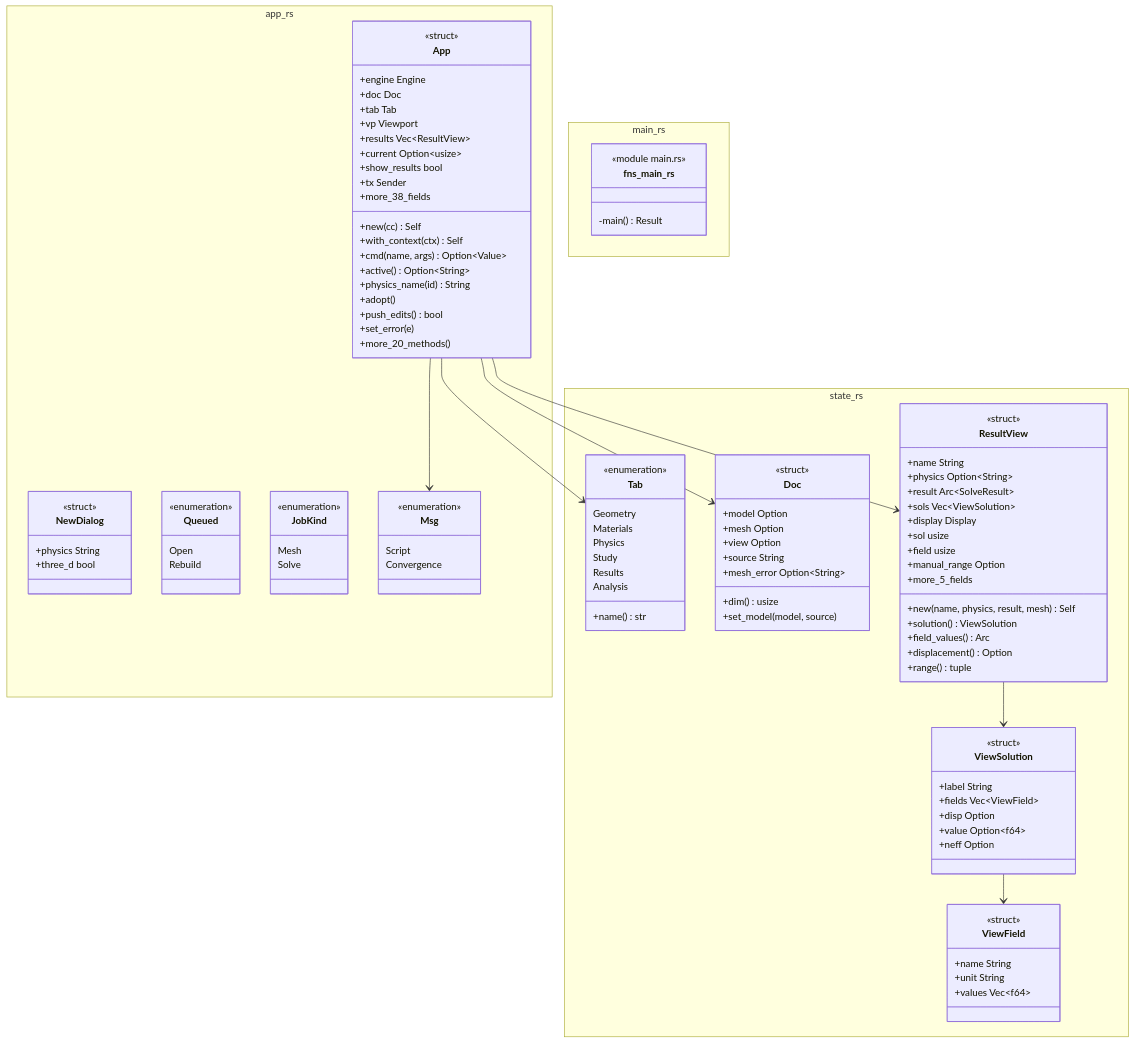
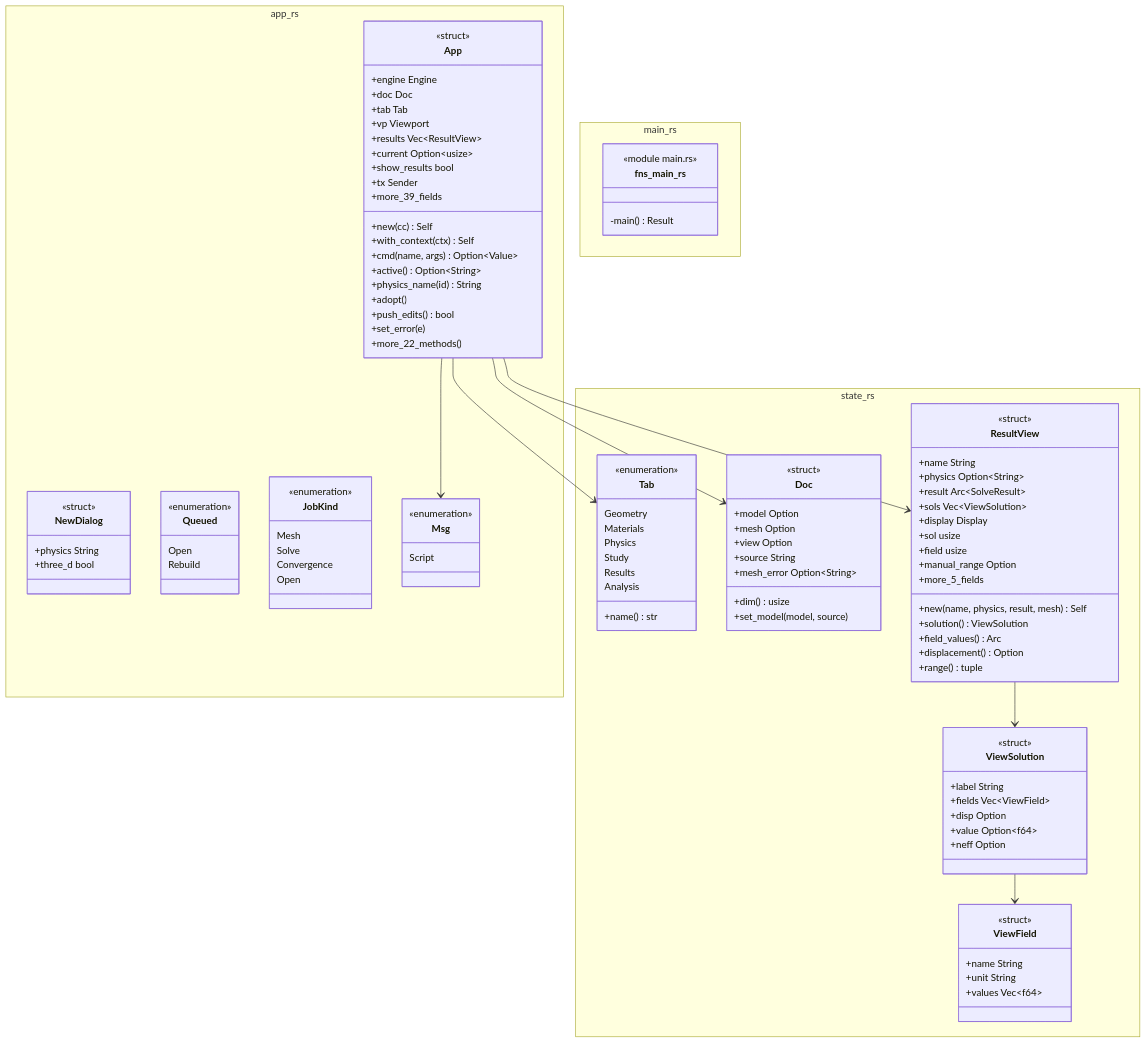
One commit to p-j-r/nyx changed the diagram in docs/architecture/c4/4-code/app/window.md. Above: the diagram before and after it, drawn with Mermaid. The commit also changed other lines of this file and 48 other files, not shown here.

First line of the commit message:
P2: every long operation is a job (ADR 85, provisional number): cancellable mesh jobs with stages, convergence check, open_results and results.h5 write as jobs, cancel_requested and stage_seconds in job info, jobs of a replaced project dropped, the window never blocks on the engine

```diff
--- a/docs/architecture/c4/4-code/app/window.md
+++ b/docs/architecture/c4/4-code/app/window.md
@@ -56,11 +56,12 @@
         <<enumeration>>
         Mesh
         Solve
+        Convergence
+        Open
     }
     class Msg {
         <<enumeration>>
         Script
-        Convergence
     }
     class App {
         <<struct>>
@@ -72,7 +73,7 @@
         +current Option~usize~
         +show_results bool
         +tx Sender
-        +more_38_fields
+        +more_39_fields
         +new(cc) Self
         +with_context(ctx) Self
         +cmd(name, args) Option~Value~
@@ -81,7 +82,7 @@
         +adopt()
         +push_edits() bool
         +set_error(e)
-        +more_20_methods()
+        +more_22_methods()
     }
   }
   namespace main_rs {
```
